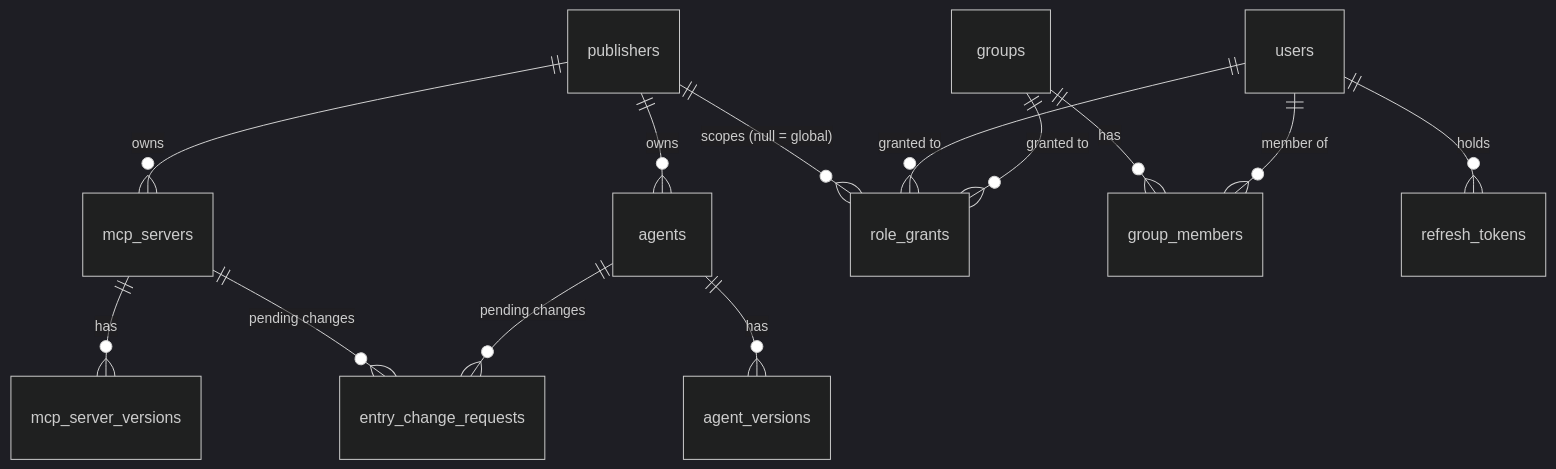
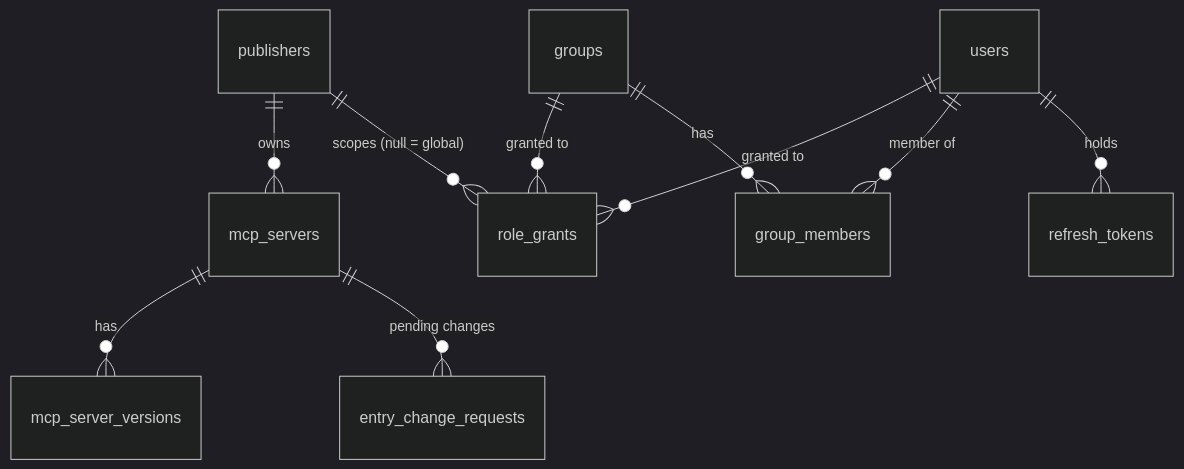
Before and after one commit to Haibread/ai-registry: the fourth of 5 diagrams in ARCHITECTURE.md, drawn with Mermaid (dark theme). The commit also changed other lines of this file and 180 other files, not shown here.

````diff
--- a/ARCHITECTURE.md
+++ b/ARCHITECTURE.md
@@ -164,15 +162,12 @@
 ```mermaid
 erDiagram
     publishers ||--o{ mcp_servers : owns
-    publishers ||--o{ agents : owns
     mcp_servers ||--o{ mcp_server_versions : has
-    agents ||--o{ agent_versions : has
     publishers ||--o{ role_grants : "scopes (null = global)"
     users ||--o{ role_grants : "granted to"
     groups ||--o{ role_grants : "granted to"
     groups ||--o{ group_members : has
     users ||--o{ group_members : "member of"
     users ||--o{ refresh_tokens : holds
     mcp_servers ||--o{ entry_change_requests : "pending changes"
-    agents ||--o{ entry_change_requests : "pending changes"
 ```
````
